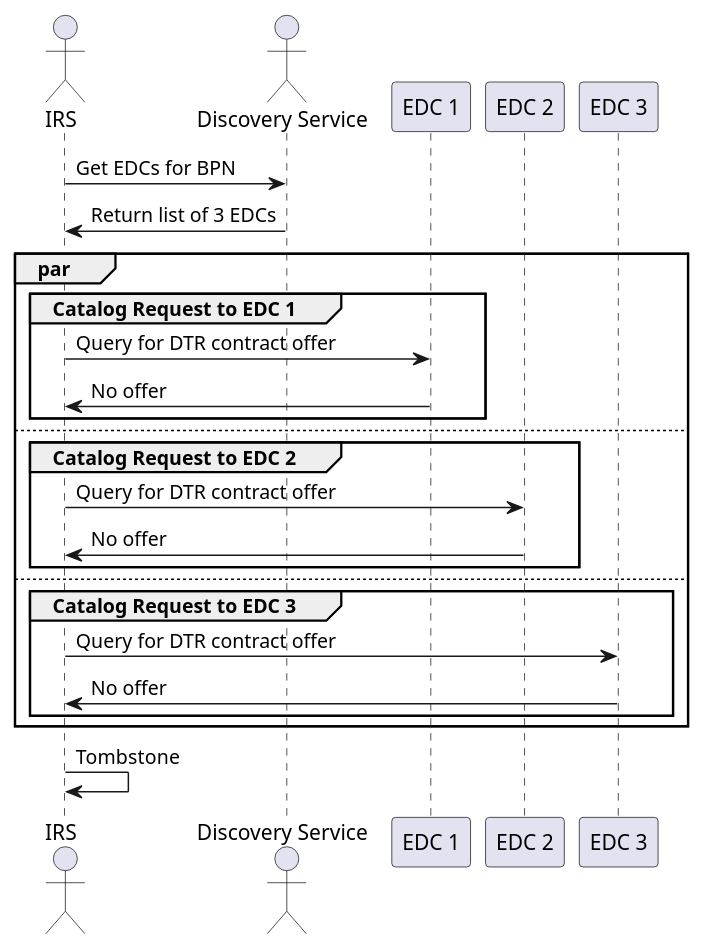
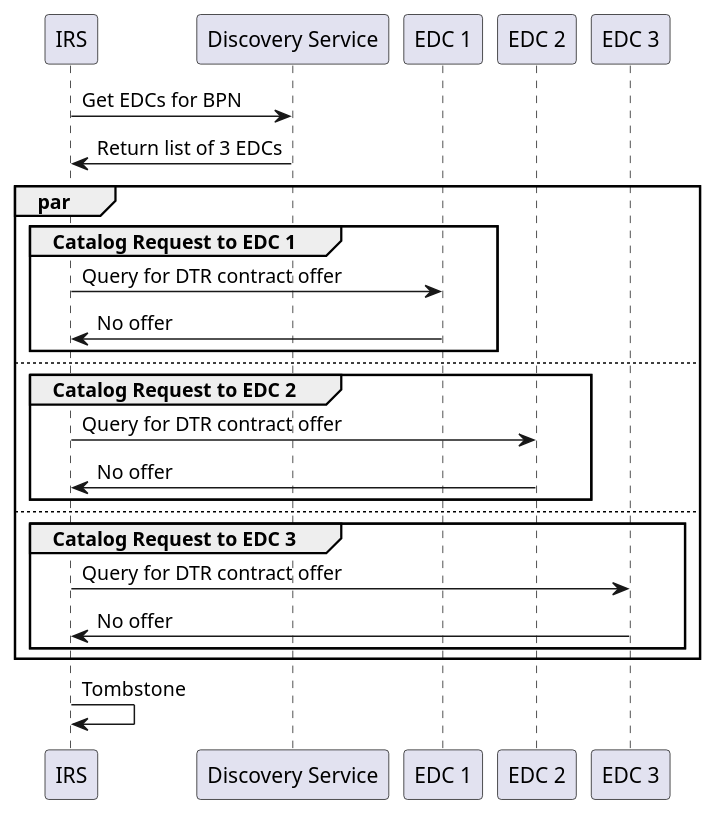
Before and after one commit to eclipse-tractusx/item-relationship-service: the diagram in docs/src/docs/arc42/cross-cutting/discovery-DTR--multiple-EDCs-with-no-DTRs.puml, drawn with PlantUML. The commit also changed 3 other files, not shown here.

Commit message:
feat(impl):[#395] Correct diagrams

```diff
--- a/docs/src/docs/arc42/cross-cutting/discovery-DTR--multiple-EDCs-with-no-DTRs.puml
+++ b/docs/src/docs/arc42/cross-cutting/discovery-DTR--multiple-EDCs-with-no-DTRs.puml
@@ -1,34 +1,34 @@
 @startuml
-actor IRS
-actor "Discovery Service" as DiscoveryService
+participant IRS
+participant "Discovery Service" as DiscoveryService
 
 participant "EDC 1" as EDCProvider1
 participant "EDC 2" as EDCProvider2
 participant "EDC 3" as EDCProvider3
 
 IRS -> DiscoveryService: Get EDCs for BPN
 DiscoveryService -> IRS: Return list of 3 EDCs
 
 par
     group Catalog Request to EDC 1
         IRS -> EDCProvider1: Query for DTR contract offer
         EDCProvider1 -> IRS: No offer
     end
 
     else
 
     group Catalog Request to EDC 2
         IRS -> EDCProvider2: Query for DTR contract offer
         EDCProvider2 -> IRS: No offer
     end
 
     else
 
     group Catalog Request to EDC 3
         IRS -> EDCProvider3: Query for DTR contract offer
         EDCProvider3 -> IRS: No offer
     end
 end
 
 IRS -> IRS: Tombstone
 @enduml
```
